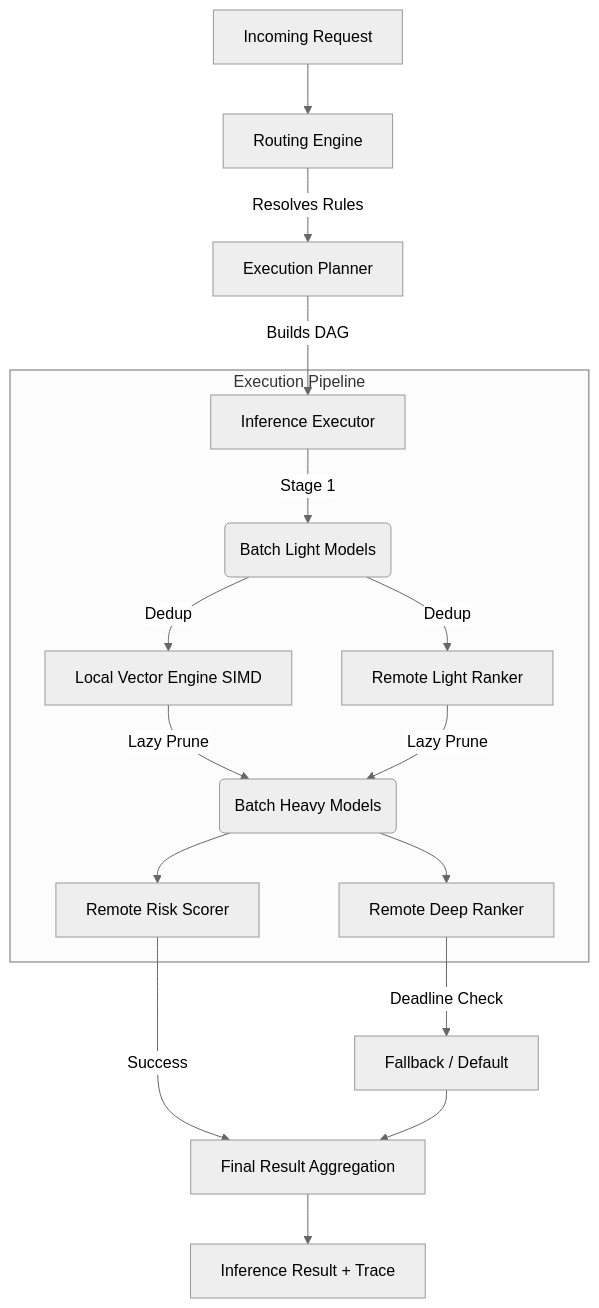
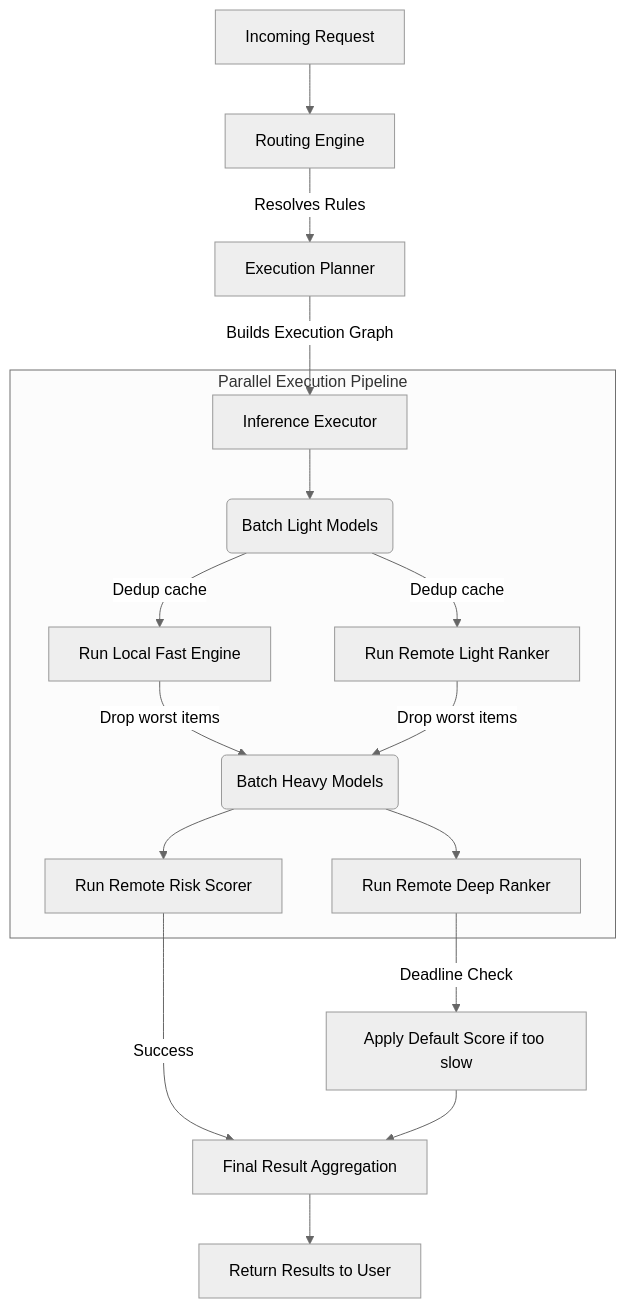
The diagram in README.md (shivam61/ml-inference-routing-sdk), drawn with Mermaid (neutral theme) before and after one commit. The commit also changed other lines of this file, not shown here.

````diff
--- a/README.md
+++ b/README.md
@@ -53,23 +90,23 @@
 ```mermaid
 graph TD
     A[Incoming Request] --> B[Routing Engine]
     B -->|Resolves Rules| C[Execution Planner]
-    C -->|Builds DAG| D[Inference Executor]
+    C -->|Builds Execution Graph| D[Inference Executor]
     
-    subgraph Execution Pipeline
-        D -->|Stage 1| E(Batch Light Models)
-        E -->|Dedup| F[Local Vector Engine SIMD]
-        E -->|Dedup| G[Remote Light Ranker]
+    subgraph Parallel Execution Pipeline
+        D --> E(Batch Light Models)
+        E -->|Dedup cache| F[Run Local Fast Engine]
+        E -->|Dedup cache| G[Run Remote Light Ranker]
         
-        F -->|Lazy Prune| H(Batch Heavy Models)
-        G -->|Lazy Prune| H
+        F -->|Drop worst items| H(Batch Heavy Models)
+        G -->|Drop worst items| H
         
-        H --> I[Remote Deep Ranker]
-        H --> J[Remote Risk Scorer]
+        H --> I[Run Remote Deep Ranker]
+        H --> J[Run Remote Risk Scorer]
     end
     
-    I -->|Deadline Check| K[Fallback / Default]
+    I -->|Deadline Check| K[Apply Default Score if too slow]
     J -->|Success| L[Final Result Aggregation]
     K --> L
-    L --> M[Inference Result + Trace]
+    L --> M[Return Results to User]
 ```
````
